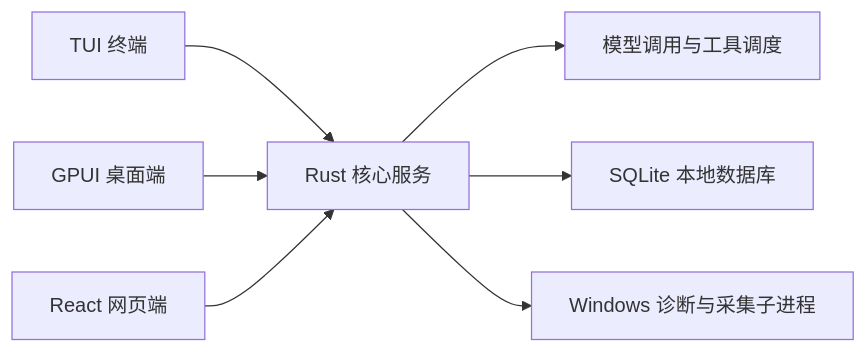
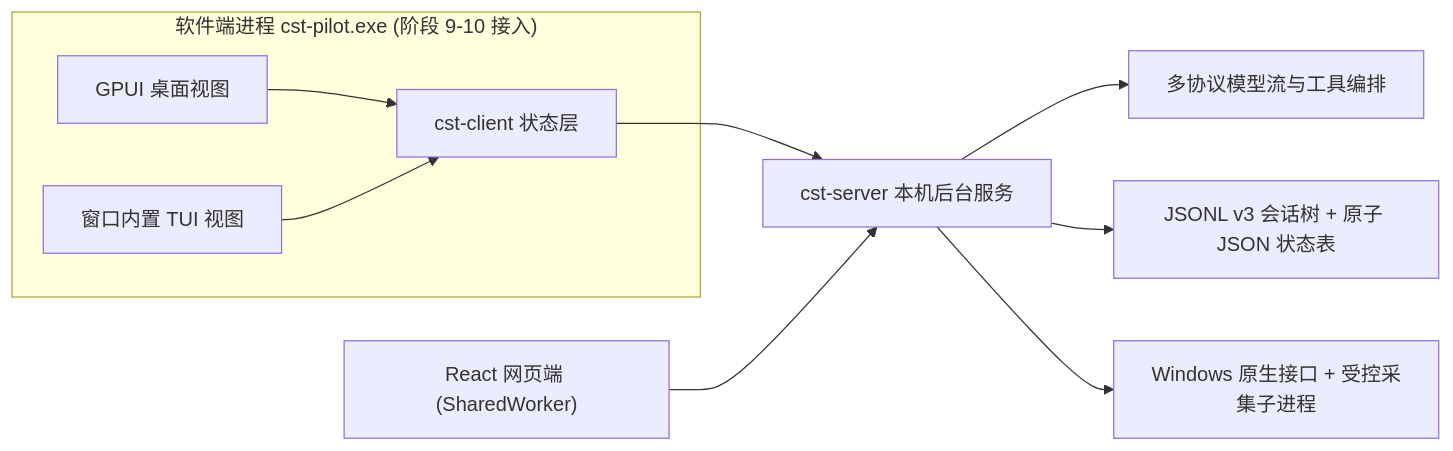
One commit to SCAU-Computer-Serving-Team/cst-pilot changed the diagram in doc/rust/prototype.md. Above: the diagram before and after it, drawn with Mermaid. The commit also changed other lines of this file and 46 other files, not shown here.

````diff
--- a/doc/rust/prototype.md
+++ b/doc/rust/prototype.md
@@ -11,9 +11,21 @@
 ```mermaid
 flowchart LR
-    TUI["TUI 终端"] --> Core["Rust 核心服务"]
-    Desktop["GPUI 桌面端"] --> Core
-    Web["React 网页端"] --> Core
-    Core --> Model["模型调用与工具调度"]
-    Core --> DB["SQLite 本地数据库"]
-    Core --> Tools["Windows 诊断与采集子进程"]
+    subgraph App["软件端进程 cst-pilot.exe (阶段 9-10 接入)"]
+        Desktop["GPUI 桌面视图"]
+        TUI["窗口内置 TUI 视图"]
+        Client["cst-client 状态层"]
+        Desktop & TUI --> Client
+    end
+
+    Web["React 网页端 (SharedWorker)"]
+    Server["cst-server 本机后台服务"]
+    Model["多协议模型流与工具编排"]
+    Store["JSONL v3 会话树 + 原子 JSON 状态表"]
+    Diag["Windows 原生接口 + 受控采集子进程"]
+
+    Client --> Server
+    Web --> Server
+    Server --> Model
+    Server --> Store
+    Server --> Diag
 ```
````
